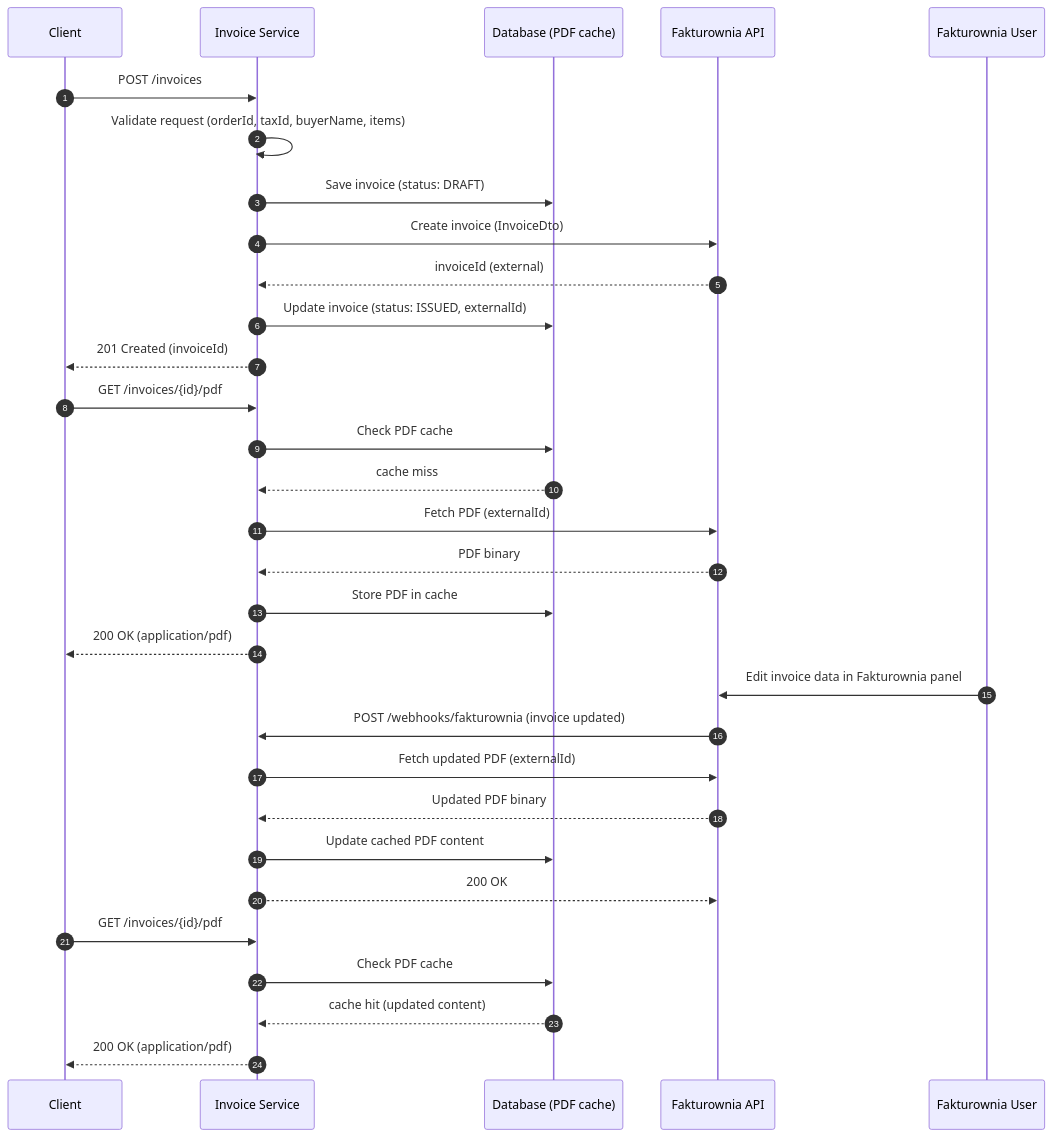
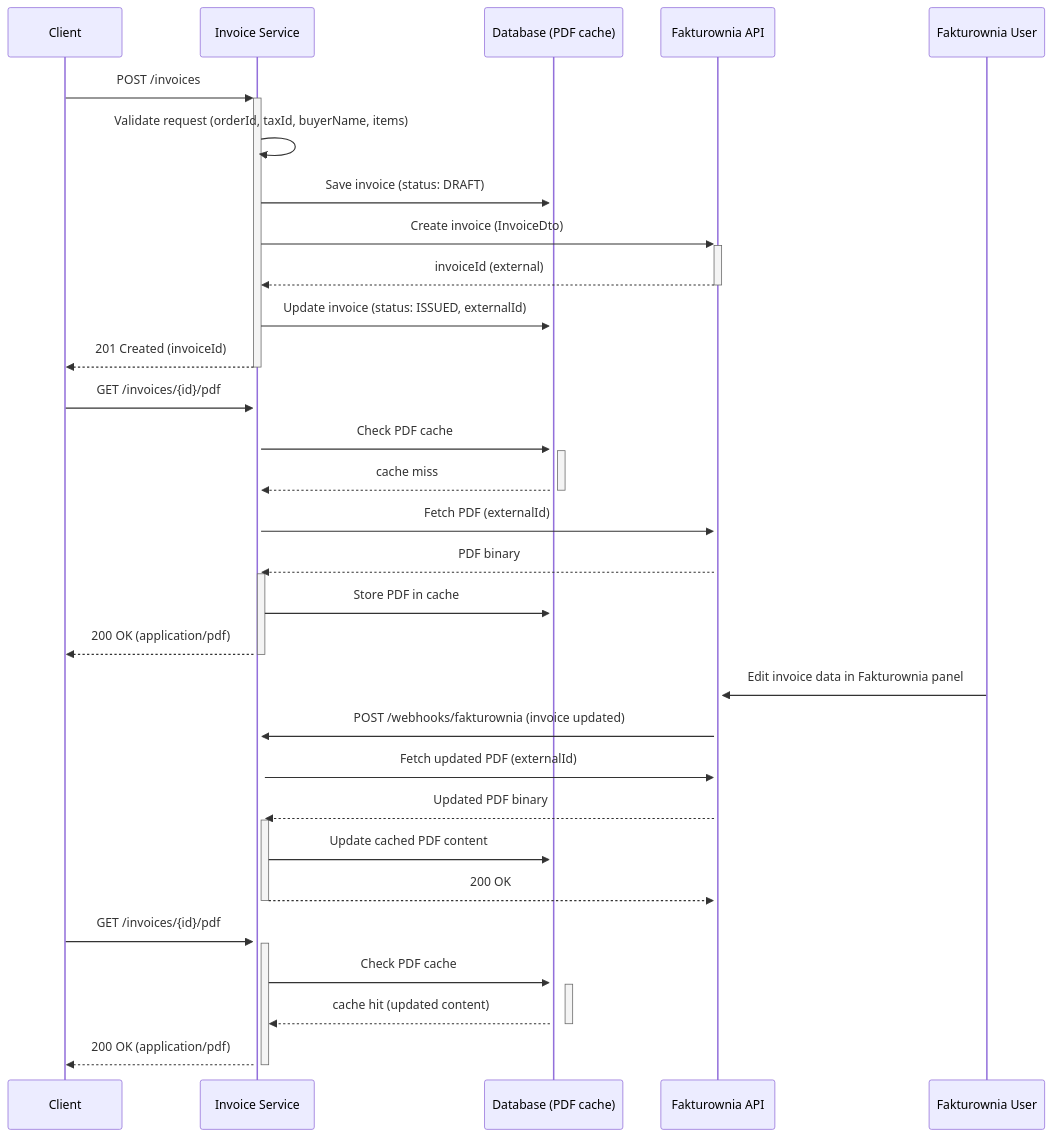
One commit to CoderNoOne/invoice-service changed the first of 2 diagrams in README.md. Above: the diagram before and after it, drawn with Mermaid. The commit also changed other lines of this file and 23 other files, not shown here.

````diff
--- a/README.md
+++ b/README.md
@@ -45,37 +46,36 @@
 ```mermaid
 sequenceDiagram
-    autonumber
     participant C as Client
     participant IS as Invoice Service
     participant DB as Database (PDF cache)
     participant F as Fakturownia API
     participant U as Fakturownia User
 
-    C->>IS: POST /invoices
+    C->>+IS: POST /invoices
     IS->>IS: Validate request (orderId, taxId, buyerName, items)
-    IS->>DB: Save invoice (status: DRAFT)
-    IS->>F: Create invoice (InvoiceDto)
-    F-->>IS: invoiceId (external)
-    IS->>DB: Update invoice (status: ISSUED, externalId)
-    IS-->>C: 201 Created (invoiceId)
+    IS->>+DB: Save invoice (status: DRAFT)
+    IS->>+F: Create invoice (InvoiceDto)
+    F-->>-IS: invoiceId (external)
+    IS->>+DB: Update invoice (status: ISSUED, externalId)
+    IS-->>-C: 201 Created (invoiceId)
 
-    C->>IS: GET /invoices/{id}/pdf
-    IS->>DB: Check PDF cache
-    DB-->>IS: cache miss
-    IS->>F: Fetch PDF (externalId)
-    F-->>IS: PDF binary
-    IS->>DB: Store PDF in cache
-    IS-->>C: 200 OK (application/pdf)
+    C->>+IS: GET /invoices/{id}/pdf
+    IS->>+DB: Check PDF cache
+    DB-->>-IS: cache miss
+    IS->>+F: Fetch PDF (externalId)
+    F-->>+IS: PDF binary
+    IS->>+DB: Store PDF in cache
+    IS-->>-C: 200 OK (application/pdf)
 
-    U->>F: Edit invoice data in Fakturownia panel
-    F->>IS: POST /webhooks/fakturownia (invoice updated)
-    IS->>F: Fetch updated PDF (externalId)
-    F-->>IS: Updated PDF binary
-    IS->>DB: Update cached PDF content
-    IS-->>F: 200 OK
+    U->>+F: Edit invoice data in Fakturownia panel
+    F->>+IS: POST /webhooks/fakturownia (invoice updated)
+    IS->>+F: Fetch updated PDF (externalId)
+    F-->>+IS: Updated PDF binary
+    IS->>+DB: Update cached PDF content
+    IS-->>-F: 200 OK
 
-    C->>IS: GET /invoices/{id}/pdf
-    IS->>DB: Check PDF cache
-    DB-->>IS: cache hit (updated content)
-    IS-->>C: 200 OK (application/pdf)
+    C->>+IS: GET /invoices/{id}/pdf
+    IS->>+DB: Check PDF cache
+    DB-->>-IS: cache hit (updated content)
+    IS-->>-C: 200 OK (application/pdf)
 ```
````
